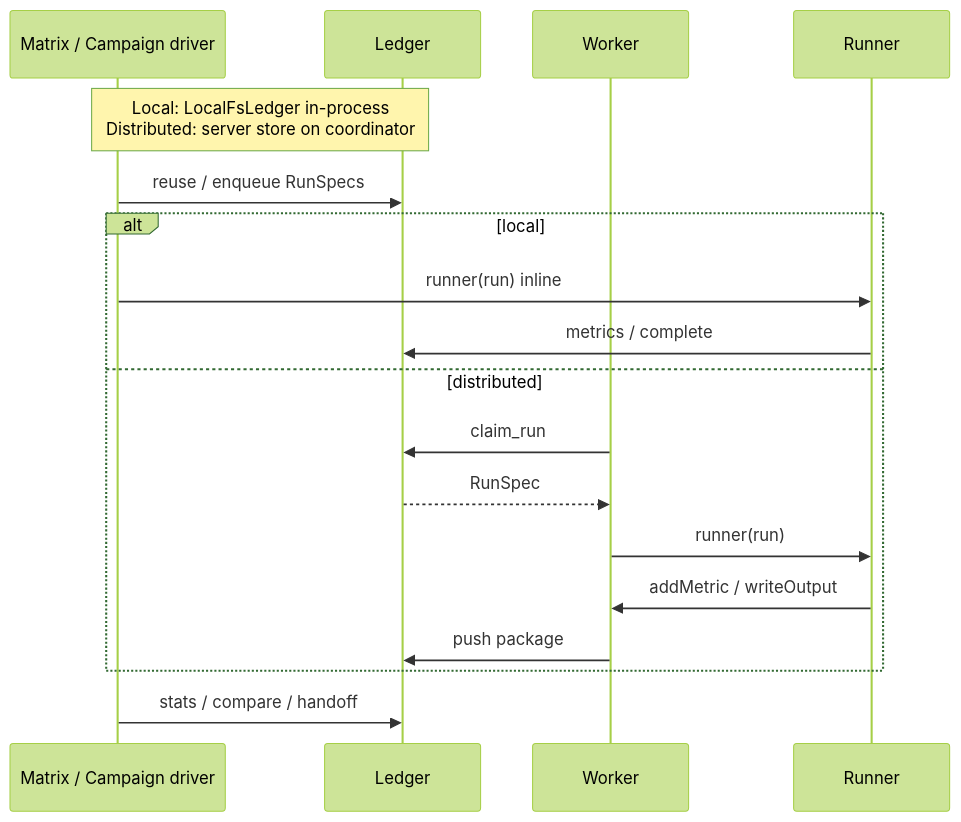
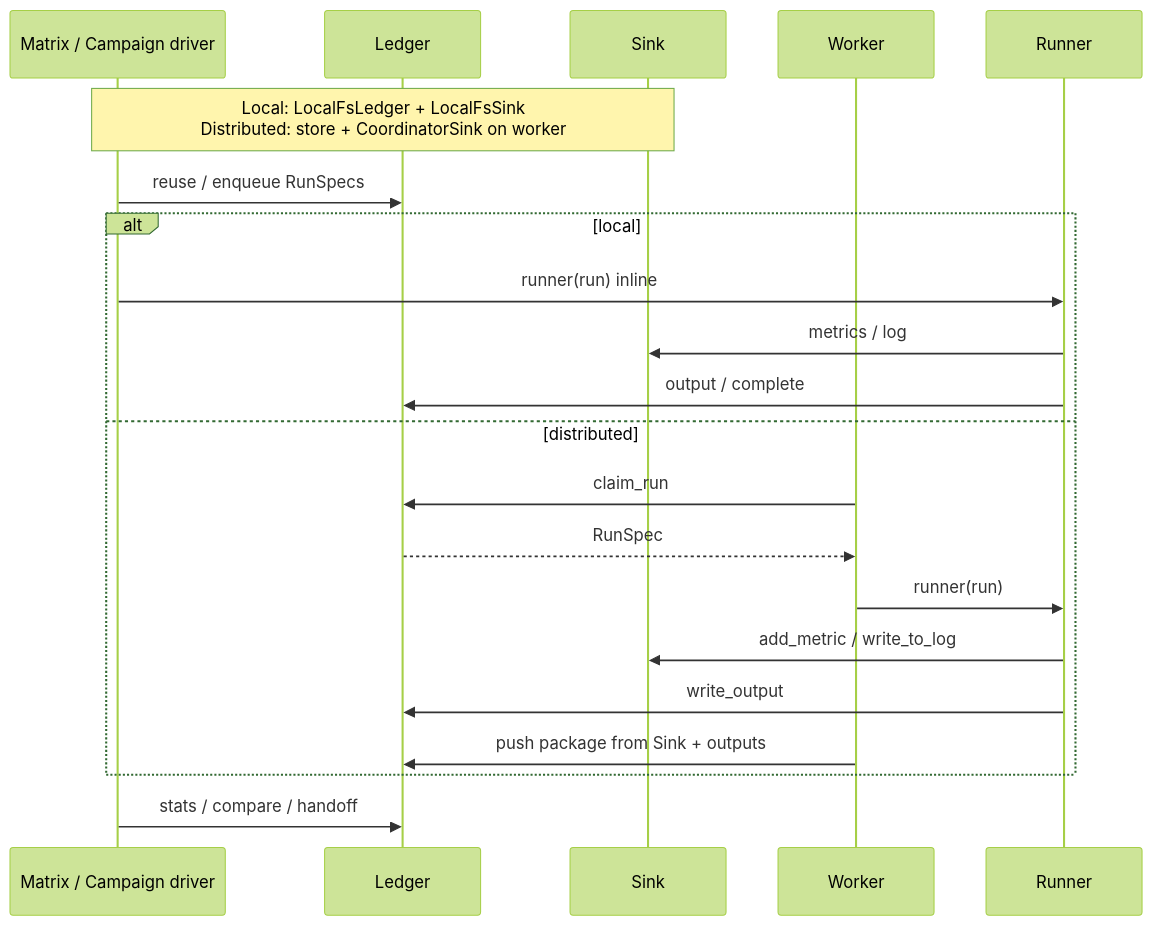
Before and after one commit to Dev-DanielR/bench-run: the second of 2 diagrams in docs/concepts.md, drawn with Mermaid (forest theme). The commit also changed other lines of this file and 68 other files, not shown here.

````diff
--- a/docs/concepts.md
+++ b/docs/concepts.md
@@ -43,21 +46,24 @@
 ```mermaid
 sequenceDiagram
     participant Driver as Matrix / Campaign driver
     participant Ledger
+    participant Sink
     participant Worker
     participant Runner
 
-    Note over Driver,Ledger: Local: LocalFsLedger in-process<br/>Distributed: server store on coordinator
+    Note over Driver,Sink: Local: LocalFsLedger + LocalFsSink<br/>Distributed: store + CoordinatorSink on worker
     Driver->>Ledger: reuse / enqueue RunSpecs
     alt local
         Driver->>Runner: runner(run) inline
-        Runner->>Ledger: metrics / complete
+        Runner->>Sink: metrics / log
+        Runner->>Ledger: output / complete
     else distributed
         Worker->>Ledger: claim_run
         Ledger-->>Worker: RunSpec
         Worker->>Runner: runner(run)
-        Runner->>Worker: addMetric / writeOutput
-        Worker->>Ledger: push package
+        Runner->>Sink: add_metric / write_to_log
+        Runner->>Ledger: write_output
+        Worker->>Ledger: push package from Sink + outputs
     end
     Driver->>Ledger: stats / compare / handoff
 ```
````
